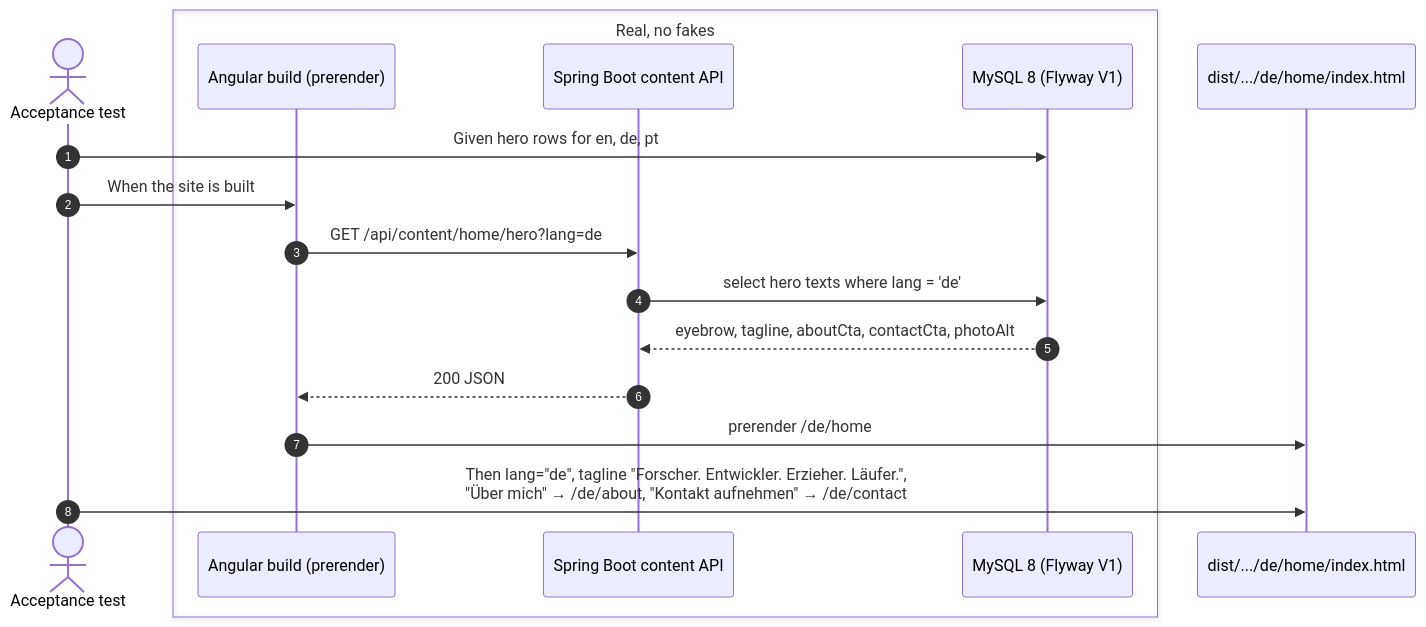
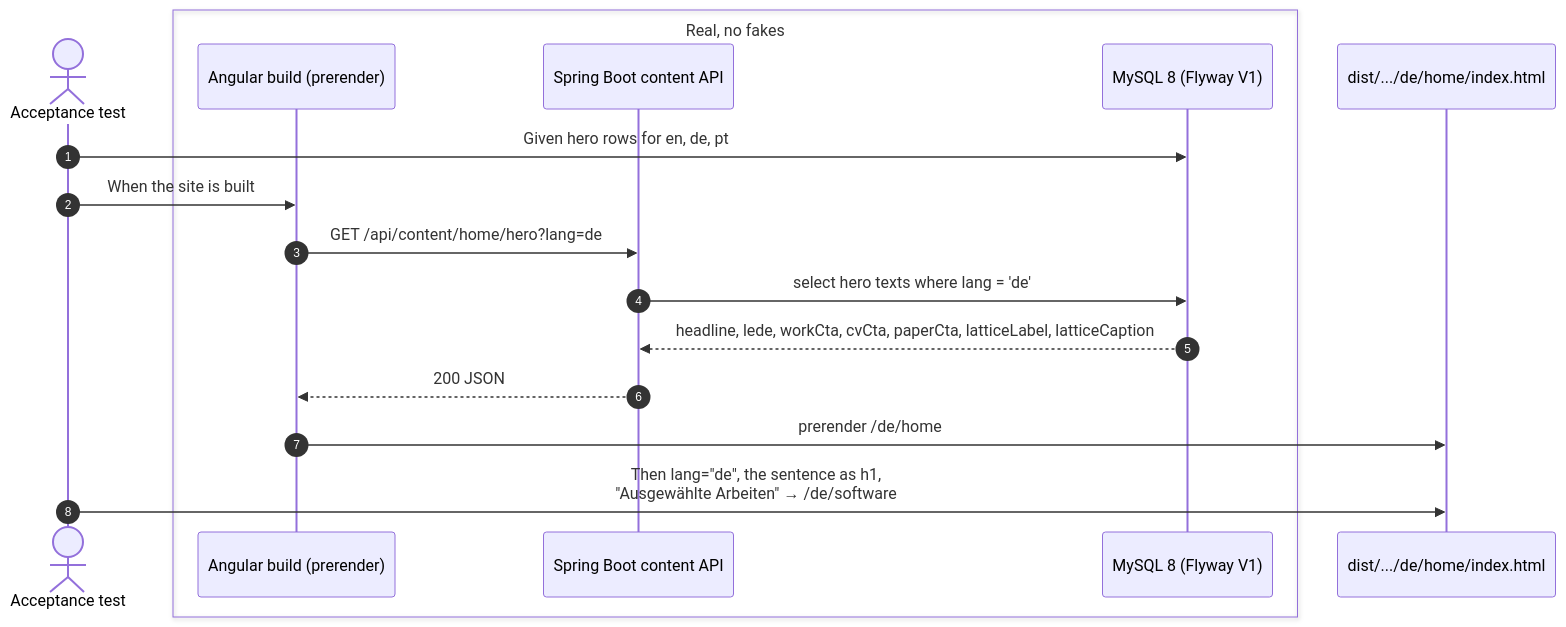
One commit to zuacaldeira/zuacaldeira.com changed the first of 3 diagrams in docs/examples/home.md. Above: the diagram before and after it, drawn with Mermaid. The commit also changed other lines of this file and 4 other files, not shown here.

````diff
--- a/docs/examples/home.md
+++ b/docs/examples/home.md
@@ -54,20 +62,20 @@
 ```mermaid
 sequenceDiagram
     autonumber
     actor Test as Acceptance test
     box Real, no fakes
         participant Build as Angular build (prerender)
         participant API as Spring Boot content API
         participant DB as MySQL 8 (Flyway V1)
     end
     participant HTML as dist/.../de/home/index.html
 
     Test->>DB: Given hero rows for en, de, pt
     Test->>Build: When the site is built
     Build->>API: GET /api/content/home/hero?lang=de
     API->>DB: select hero texts where lang = 'de'
-    DB-->>API: eyebrow, tagline, aboutCta, contactCta, photoAlt
+    DB-->>API: headline, lede, workCta, cvCta, paperCta, latticeLabel, latticeCaption
     API-->>Build: 200 JSON
     Build->>HTML: prerender /de/home
-    Test->>HTML: Then lang="de", tagline "Forscher. Entwickler. Erzieher. Läufer.",<br/>"Über mich" → /de/about, "Kontakt aufnehmen" → /de/contact
+    Test->>HTML: Then lang="de", the sentence as h1,<br/>"Ausgewählte Arbeiten" → /de/software
 ```
````
